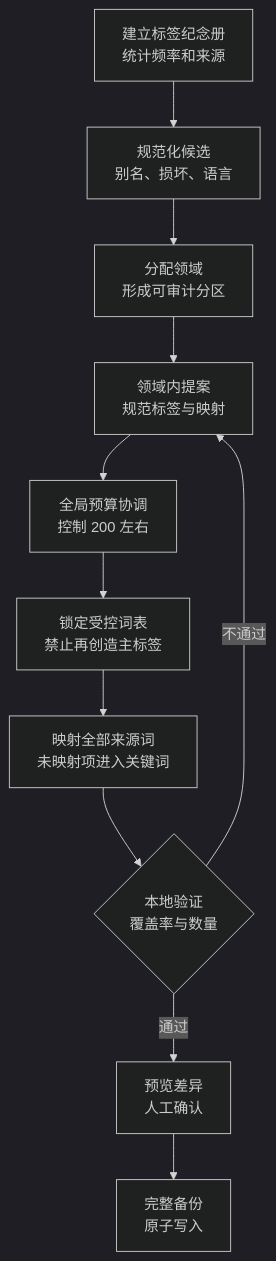
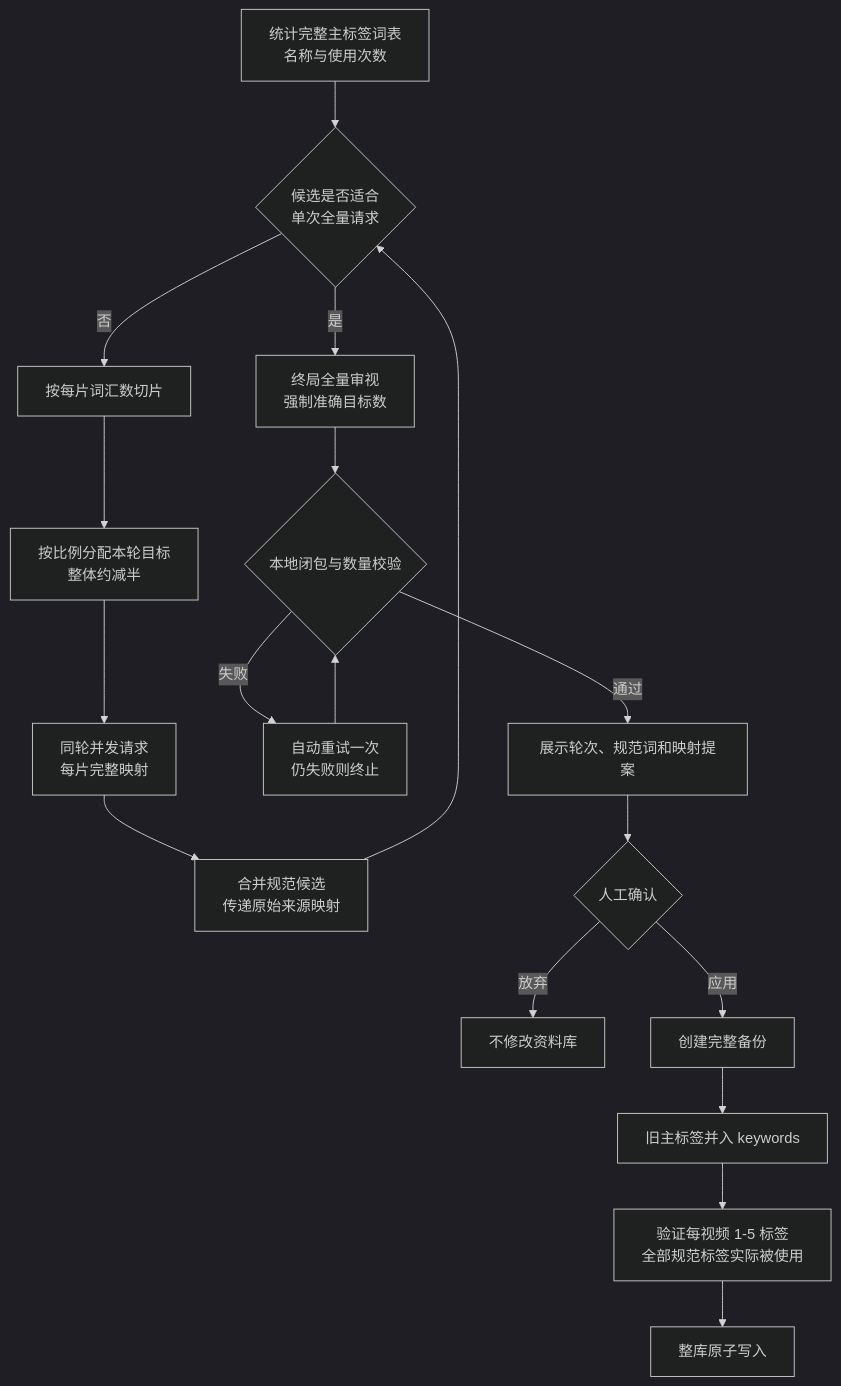
Before and after one commit to KanameMadoka520/_WatchLaterList: the diagram in docs/TAG-COMPRESSION-SPEC.md, drawn with Mermaid (dark theme). The commit also changed other lines of this file and 9 other files, not shown here.

````diff
--- a/docs/TAG-COMPRESSION-SPEC.md
+++ b/docs/TAG-COMPRESSION-SPEC.md
@@ -132,13 +75,20 @@
 ```mermaid
 flowchart TD
-    A["建立标签纪念册<br/>统计频率和来源"] --> B["规范化候选<br/>别名、损坏、语言"]
-    B --> C["分配领域<br/>形成可审计分区"]
-    C --> D["领域内提案<br/>规范标签与映射"]
-    D --> E["全局预算协调<br/>控制 200 左右"]
-    E --> F["锁定受控词表<br/>禁止再创造主标签"]
-    F --> G["映射全部来源词<br/>未映射项进入关键词"]
-    G --> H{"本地验证<br/>覆盖率与数量"}
-    H -->|"不通过"| D
-    H -->|"通过"| I["预览差异<br/>人工确认"]
-    I --> J["完整备份<br/>原子写入"]
+    A["统计完整主标签词表<br/>名称与使用次数"] --> B{"候选是否适合<br/>单次全量请求"}
+    B -->|"否"| C["按每片词汇数切片"]
+    C --> D["按比例分配本轮目标<br/>整体约减半"]
+    D --> E["同轮并发请求<br/>每片完整映射"]
+    E --> F["合并规范候选<br/>传递原始来源映射"]
+    F --> B
+    B -->|"是"| G["终局全量审视<br/>强制准确目标数"]
+    G --> H{"本地闭包与数量校验"}
+    H -->|"失败"| I["自动重试一次<br/>仍失败则终止"]
+    I --> H
+    H -->|"通过"| J["展示轮次、规范词和映射提案"]
+    J --> K{"人工确认"}
+    K -->|"放弃"| L["不修改资料库"]
+    K -->|"应用"| M["创建完整备份"]
+    M --> N["旧主标签并入 keywords"]
+    N --> O["验证每视频 1-5 标签<br/>全部规范标签实际被使用"]
+    O --> P["整库原子写入"]
 ```
````
